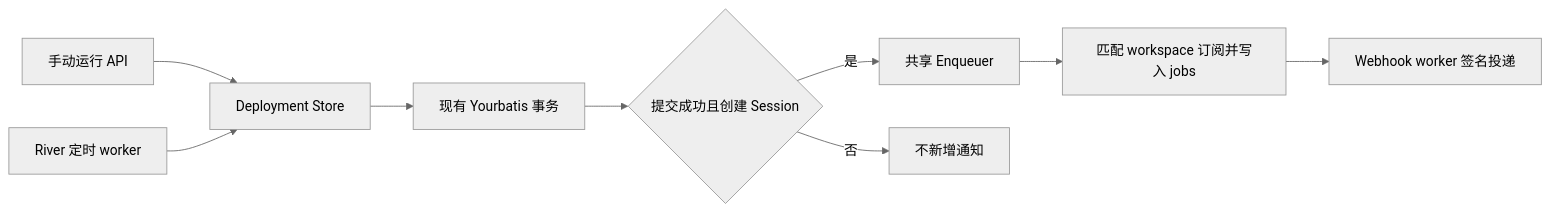
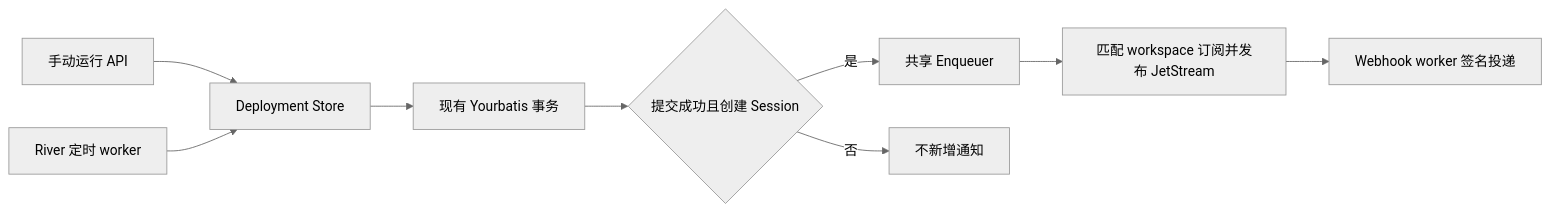
The third of 12 diagrams in docs/design/webhook-subscriptions.md (superduck-ai/open-managed-agents), drawn with Mermaid (neutral theme) before and after one commit. The commit also changed other lines of this file and 55 other files, not shown here.

Commit message:
[modify] move webhook delivery to JetStream

````diff
--- a/docs/design/webhook-subscriptions.md
+++ b/docs/design/webhook-subscriptions.md
@@ -103,11 +152,11 @@
 ```mermaid
 flowchart LR
     Manual[手动运行 API] --> Store[Deployment Store]
     Scheduled[River 定时 worker] --> Store
     Store --> Transaction[现有 Yourbatis 事务]
     Transaction --> Result{提交成功且创建 Session}
     Result -->|是| Enqueuer[共享 Enqueuer]
     Result -->|否| Skip[不新增通知]
-    Enqueuer --> Jobs[匹配 workspace 订阅并写入 jobs]
+    Enqueuer --> Jobs[匹配 workspace 订阅并发布 JetStream]
     Jobs --> Worker[Webhook worker 签名投递]
 ```
````
